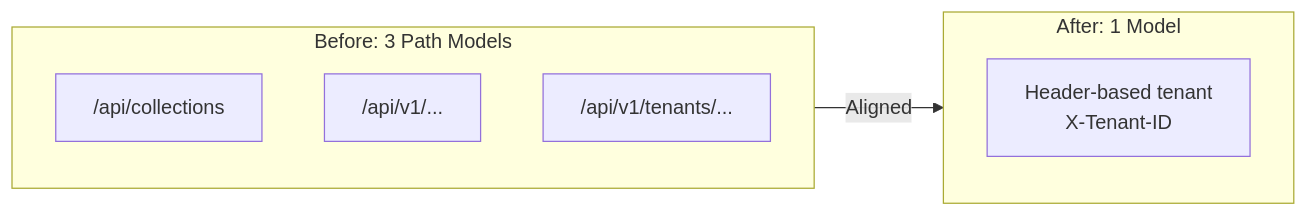
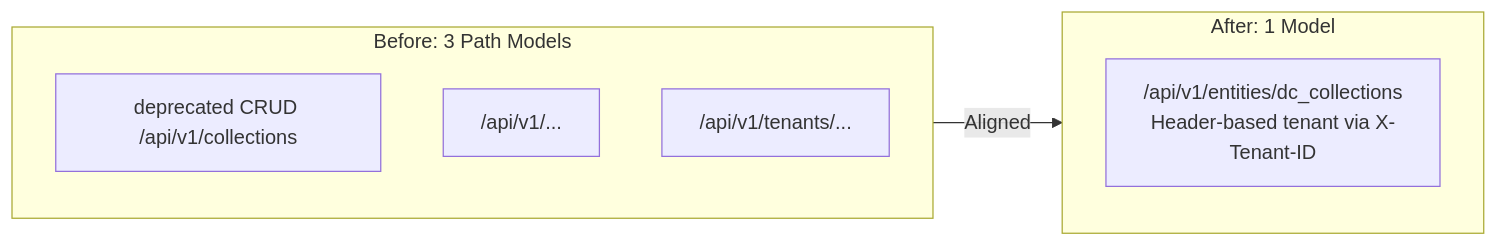
One commit to samujjwal/ghatana changed the fourth of 4 diagrams in products/data-cloud/docs-generated/05-usage-manuals-and-api-docs/03-remediation-summary.md. Above: the diagram before and after it, drawn with Mermaid. The commit also changed other lines of this file and 728 other files, not shown here.

````diff
--- a/products/data-cloud/docs-generated/05-usage-manuals-and-api-docs/03-remediation-summary.md
+++ b/products/data-cloud/docs-generated/05-usage-manuals-and-api-docs/03-remediation-summary.md
@@ -222,14 +222,14 @@
 ```mermaid
 flowchart LR
     subgraph Before["Before: 3 Path Models"]
-        B1["/api/collections"]
+        B1["deprecated CRUD /api/v1/collections"]
         B2["/api/v1/..."]
         B3["/api/v1/tenants/..."]
     end
     
     subgraph After["After: 1 Model"]
-        A1["Header-based tenant<br/>X-Tenant-ID"]
+        A1["/api/v1/entities/dc_collections<br/>Header-based tenant via X-Tenant-ID"]
     end
     
     Before -->|Aligned| After
 ```
````
